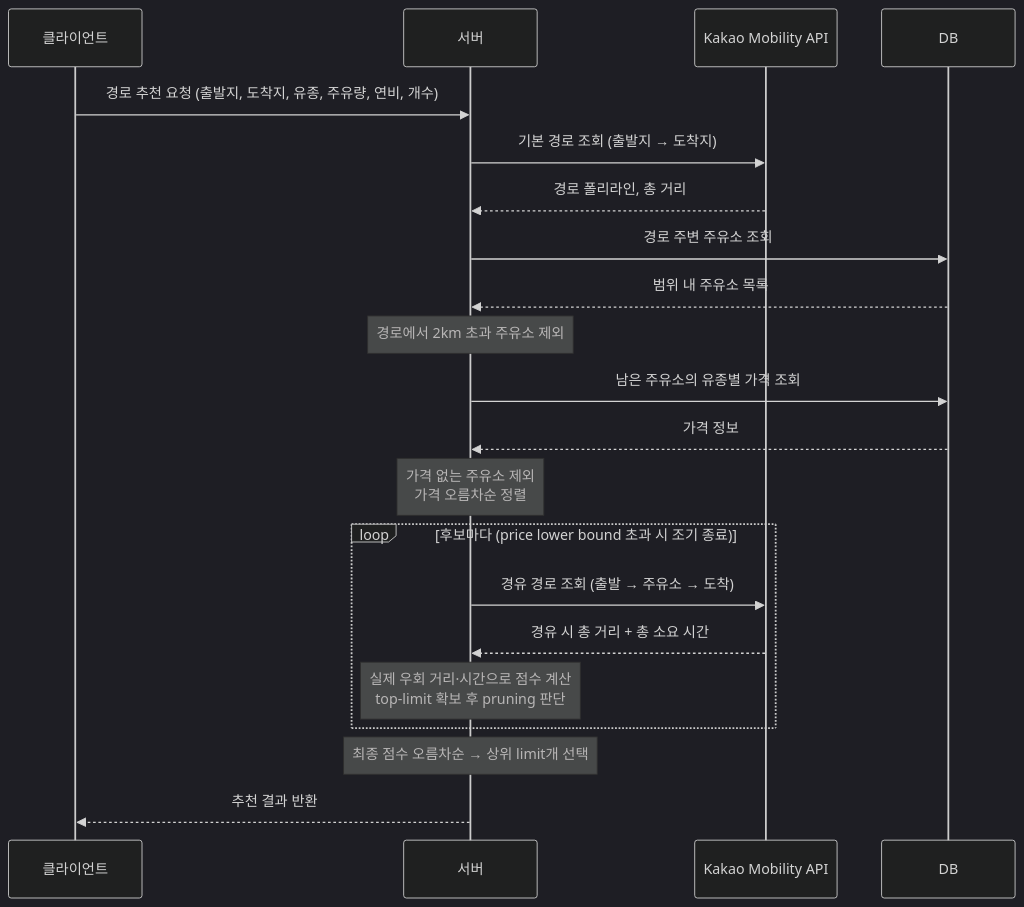
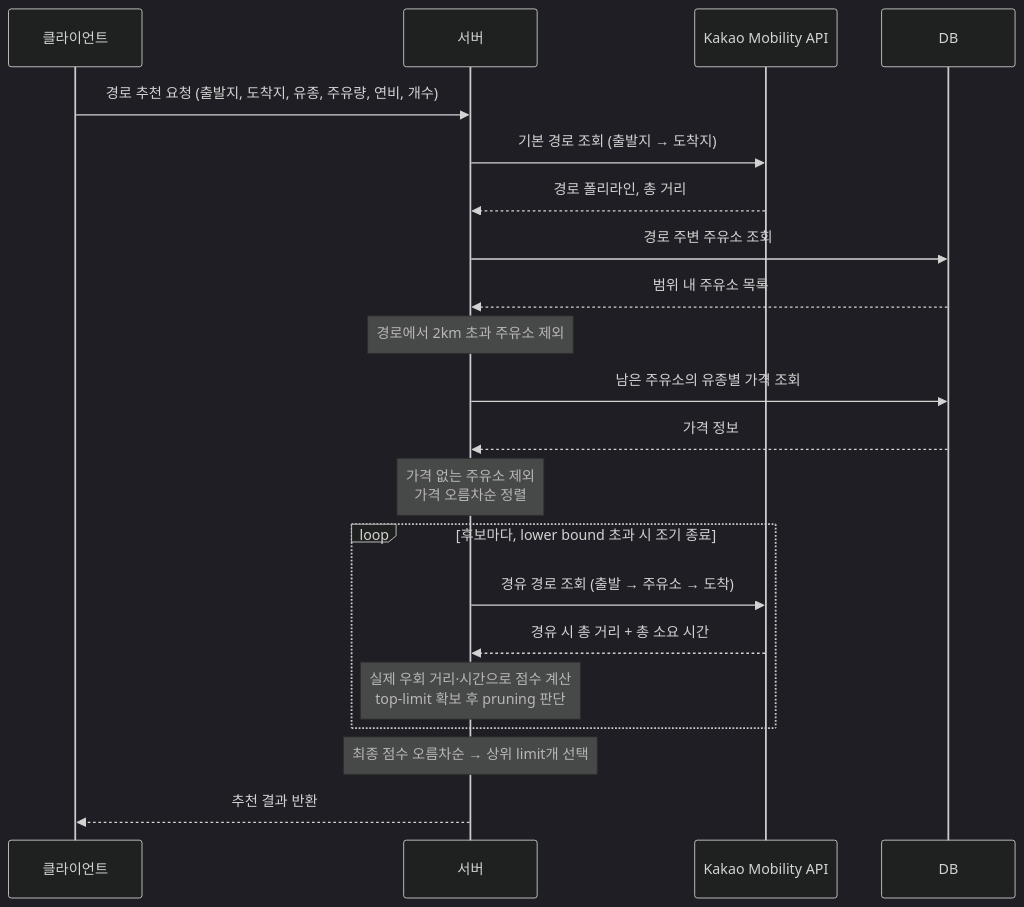
The third of 4 diagrams in docs/recommendation-flow.md (m-a-king/location-based-gas-station-recommendation), drawn with Mermaid (dark theme) before and after one commit. The commit also changed other lines of this file, not shown here.

First line of the commit message:
style: Mermaid 파싱 오류 유발 특수문자 제거

````diff
--- a/docs/recommendation-flow.md
+++ b/docs/recommendation-flow.md
@@ -105,29 +105,29 @@
 ```mermaid
 sequenceDiagram
     participant Client as 클라이언트
     participant Server as 서버
     participant Kakao as Kakao Mobility API
     participant DB as DB
 
     Client->>Server: 경로 추천 요청 (출발지, 도착지, 유종, 주유량, 연비, 개수)
 
     Server->>Kakao: 기본 경로 조회 (출발지 → 도착지)
     Kakao-->>Server: 경로 폴리라인, 총 거리
 
     Server->>DB: 경로 주변 주유소 조회
     DB-->>Server: 범위 내 주유소 목록
     Note over Server: 경로에서 2km 초과 주유소 제외
 
     Server->>DB: 남은 주유소의 유종별 가격 조회
     DB-->>Server: 가격 정보
     Note over Server: 가격 없는 주유소 제외<br/>가격 오름차순 정렬
 
-    loop 후보마다 (price lower bound 초과 시 조기 종료)
+    loop 후보마다, lower bound 초과 시 조기 종료
         Server->>Kakao: 경유 경로 조회 (출발 → 주유소 → 도착)
         Kakao-->>Server: 경유 시 총 거리 + 총 소요 시간
         Note over Server: 실제 우회 거리·시간으로 점수 계산<br/>top-limit 확보 후 pruning 판단
     end
 
     Note over Server: 최종 점수 오름차순 → 상위 limit개 선택
     Server-->>Client: 추천 결과 반환
 ```
````
